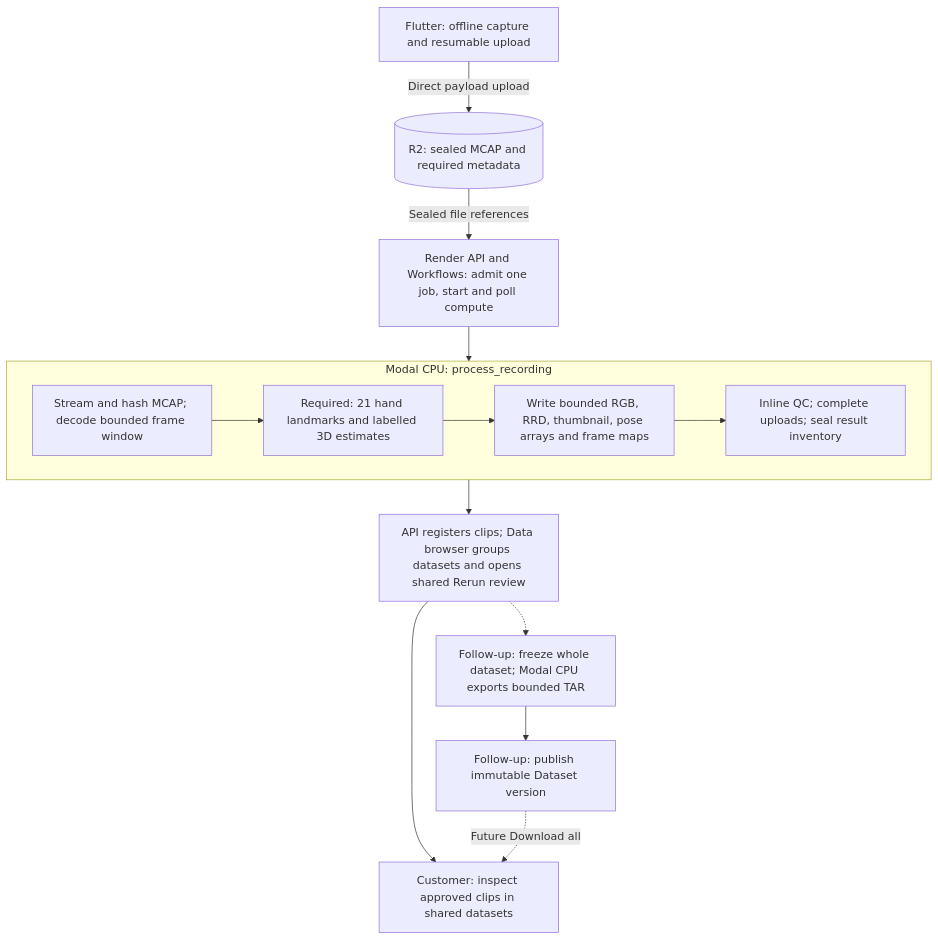
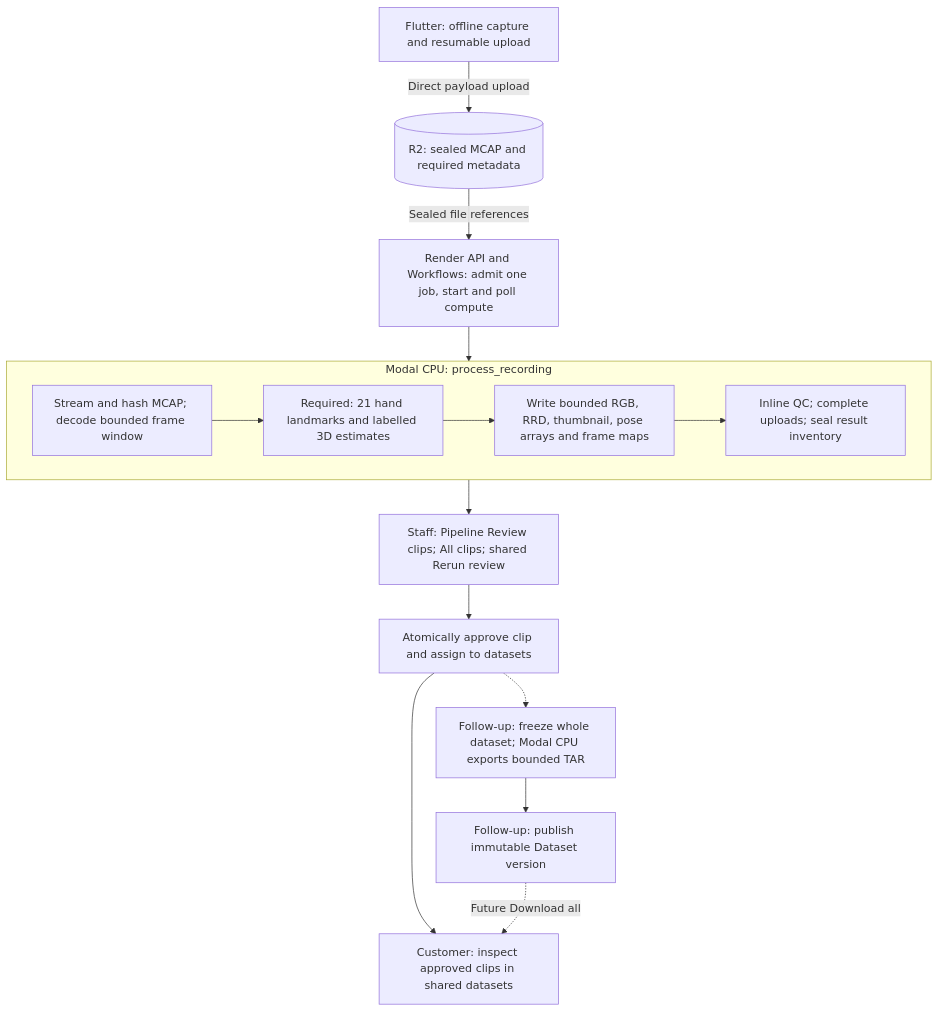
The diagram in docs/figures/processing-stages.mmd (StateAction-ai/stateaction), drawn with Mermaid before and after one commit. The commit also changed 28 other files, not shown here.

Commit message:
docs: add Pipeline review entry and approved-only datasets

```diff
--- a/docs/figures/processing-stages.mmd
+++ b/docs/figures/processing-stages.mmd
@@ -1,21 +1,22 @@
 flowchart TD
     capture["Flutter: offline capture and resumable upload"]
     source[("R2: sealed MCAP and required metadata")]
     dispatch["Render API and Workflows: admit one job, start and poll compute"]
     subgraph process["Modal CPU: process_recording"]
         extract["Stream and hash MCAP; decode bounded frame window"]
         hands["Required: 21 hand landmarks and labelled 3D estimates"]
         preview["Write bounded RGB, RRD, thumbnail, pose arrays and frame maps"]
         qc["Inline QC; complete uploads; seal result inventory"]
         extract --> hands --> preview --> qc
     end
-    review["API registers clips; Data browser groups datasets and opens shared Rerun review"]
+    review["Staff: Pipeline Review clips; All clips; shared Rerun review"]
+    datasets["Atomically approve clip and assign to datasets"]
     export["Follow-up: freeze whole dataset; Modal CPU exports bounded TAR"]
     publish["Follow-up: publish immutable Dataset version"]
     customer["Customer: inspect approved clips in shared datasets"]
     capture -->|"Direct payload upload"| source
     source -->|"Sealed file references"| dispatch
     dispatch --> process
-    process --> review --> customer
-    review -.-> export --> publish
+    process --> review --> datasets --> customer
+    datasets -.-> export --> publish
     publish -.->|"Future Download all"| customer
```
